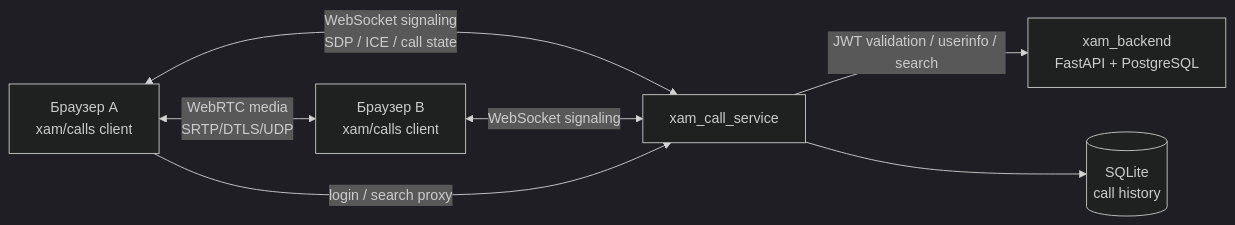
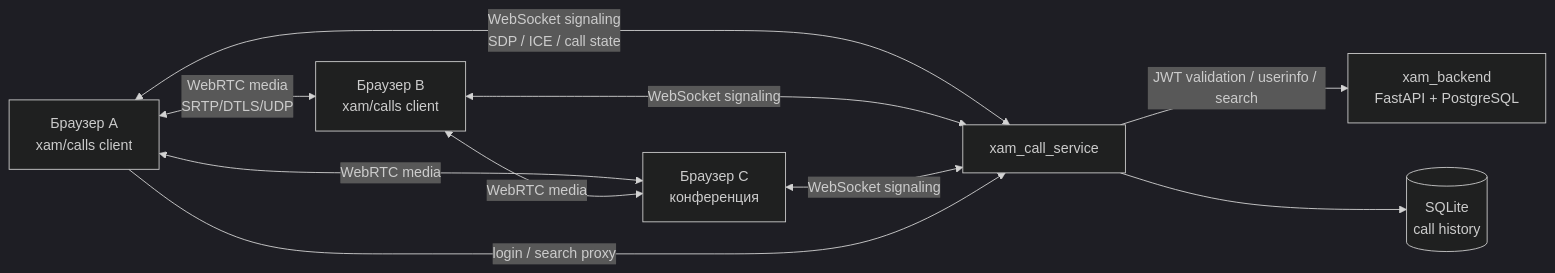
One commit to Macson2023/xam_call_service changed the diagram in README.md. Above: the diagram before and after it, drawn with Mermaid (dark theme). The commit also changed other lines of this file and 17 other files, not shown here.

````diff
--- a/README.md
+++ b/README.md
@@ -33,9 +36,12 @@
 ```mermaid
 flowchart LR
     A[Браузер A<br/>xam/calls client] <-- WebRTC media<br/>SRTP/DTLS/UDP --> B[Браузер B<br/>xam/calls client]
-    A <-- WebSocket signaling<br/>SDP / ICE / call state --> C[xam_call_service]
-    B <-- WebSocket signaling --> C
-    C -- JWT validation / userinfo / search --> D[xam_backend<br/>FastAPI + PostgreSQL]
-    A -- login / search proxy --> C
-    C --> E[(SQLite<br/>call history)]
+    A <-- WebRTC media --> C2[Браузер C<br/>конференция]
+    B <-- WebRTC media --> C2
+    A <-- WebSocket signaling<br/>SDP / ICE / call state --> S[xam_call_service]
+    B <-- WebSocket signaling --> S
+    C2 <-- WebSocket signaling --> S
+    S -- JWT validation / userinfo / search --> D[xam_backend<br/>FastAPI + PostgreSQL]
+    A -- login / search proxy --> S
+    S --> E[(SQLite<br/>call history)]
 ```
````
